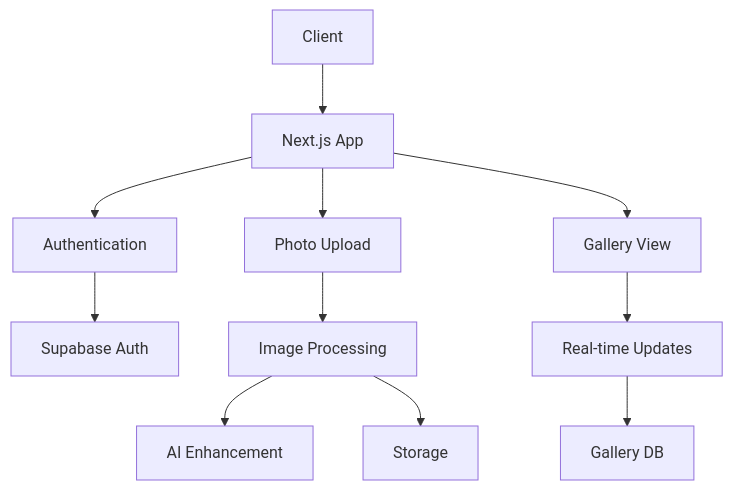
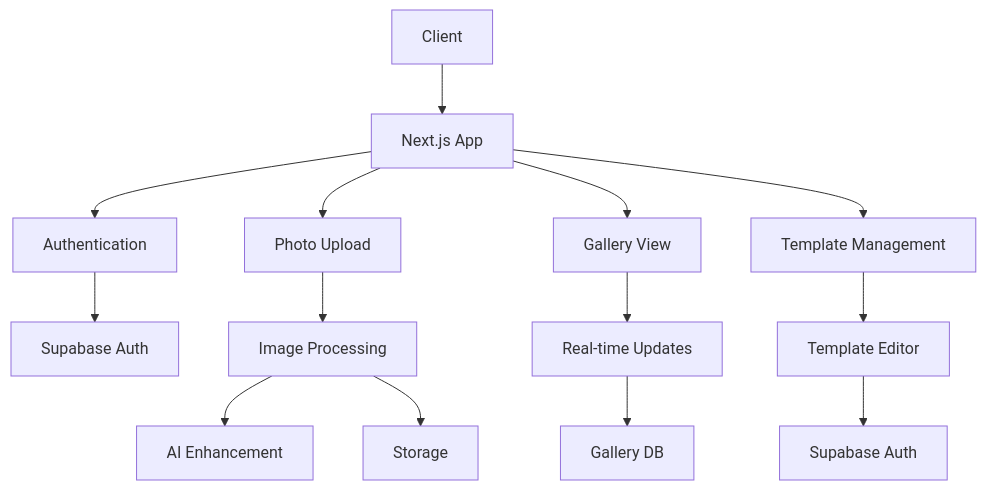
The first of 5 diagrams in README.md (mrj0nesmtl/cloud-burst), drawn with Mermaid before and after one commit. The commit also changed other lines of this file and 2 other files, not shown here.

Commit message:
v0.1.17: Add Session 17 planning and update README

````diff
--- a/README.md
+++ b/README.md
@@ -42,15 +42,19 @@
 ```mermaid
 graph TD
     A[Client] --> B[Next.js App]
     B --> C[Authentication]
     B --> D[Photo Upload]
     B --> E[Gallery View]
+    B --> T[Template Management]
     
     C --> F[Supabase Auth]
     D --> G[Image Processing]
     G --> H[AI Enhancement]
     G --> I[Storage]
     
     E --> J[Real-time Updates]
     J --> K[Gallery DB]
+    
+    T --> S[Template Editor]
+    S --> R[Supabase Auth]
 ```
````
